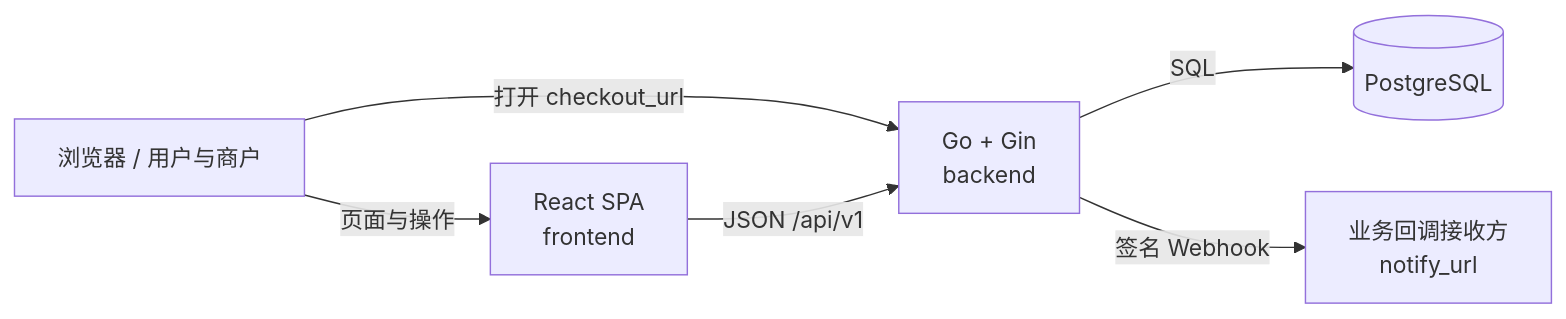
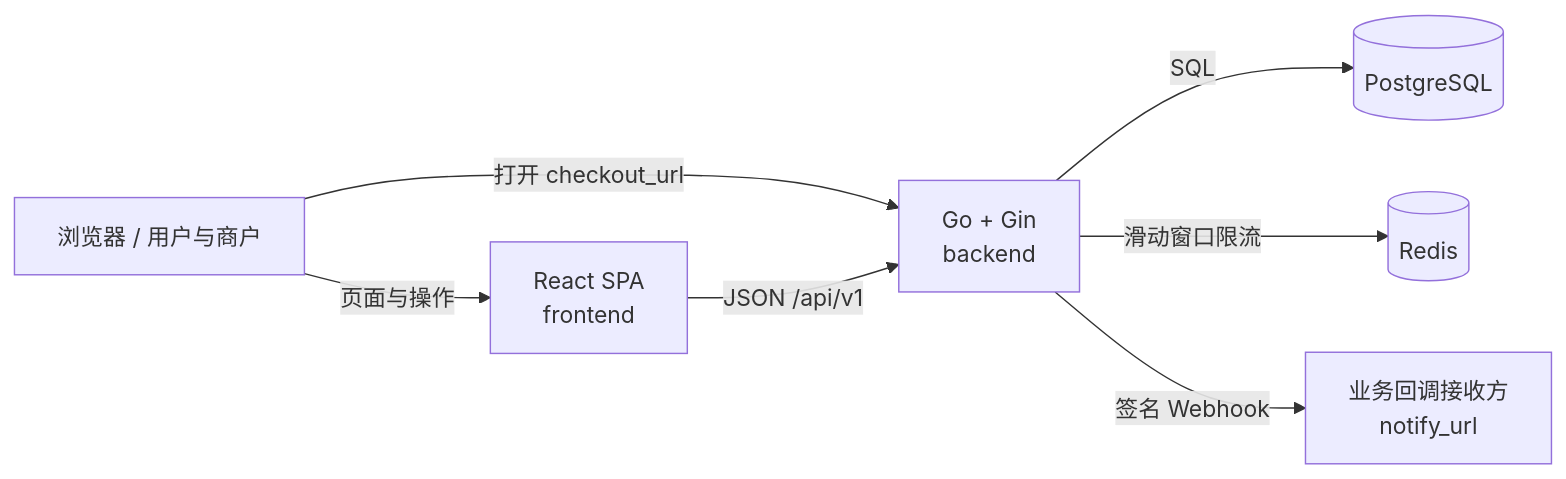
Before and after one commit to QingKong996/pinshaoshao: the first of 5 diagrams in architecture.md, drawn with Mermaid. The commit also changed other lines of this file and 21 other files, not shown here.

````diff
--- a/architecture.md
+++ b/architecture.md
@@ -7,14 +7,16 @@
 ```mermaid
 flowchart LR
     Browser[浏览器 / 用户与商户]
     Frontend[React SPA<br/>frontend]
     Backend[Go + Gin<br/>backend]
     Database[(PostgreSQL)]
+    Redis[(Redis)]
     Callback[业务回调接收方<br/>notify_url]
 
     Browser -->|页面与操作| Frontend
     Browser -->|打开 checkout_url| Backend
     Frontend -->|JSON /api/v1| Backend
     Backend -->|SQL| Database
+    Backend -->|滑动窗口限流| Redis
     Backend -->|签名 Webhook| Callback
 ```
````
